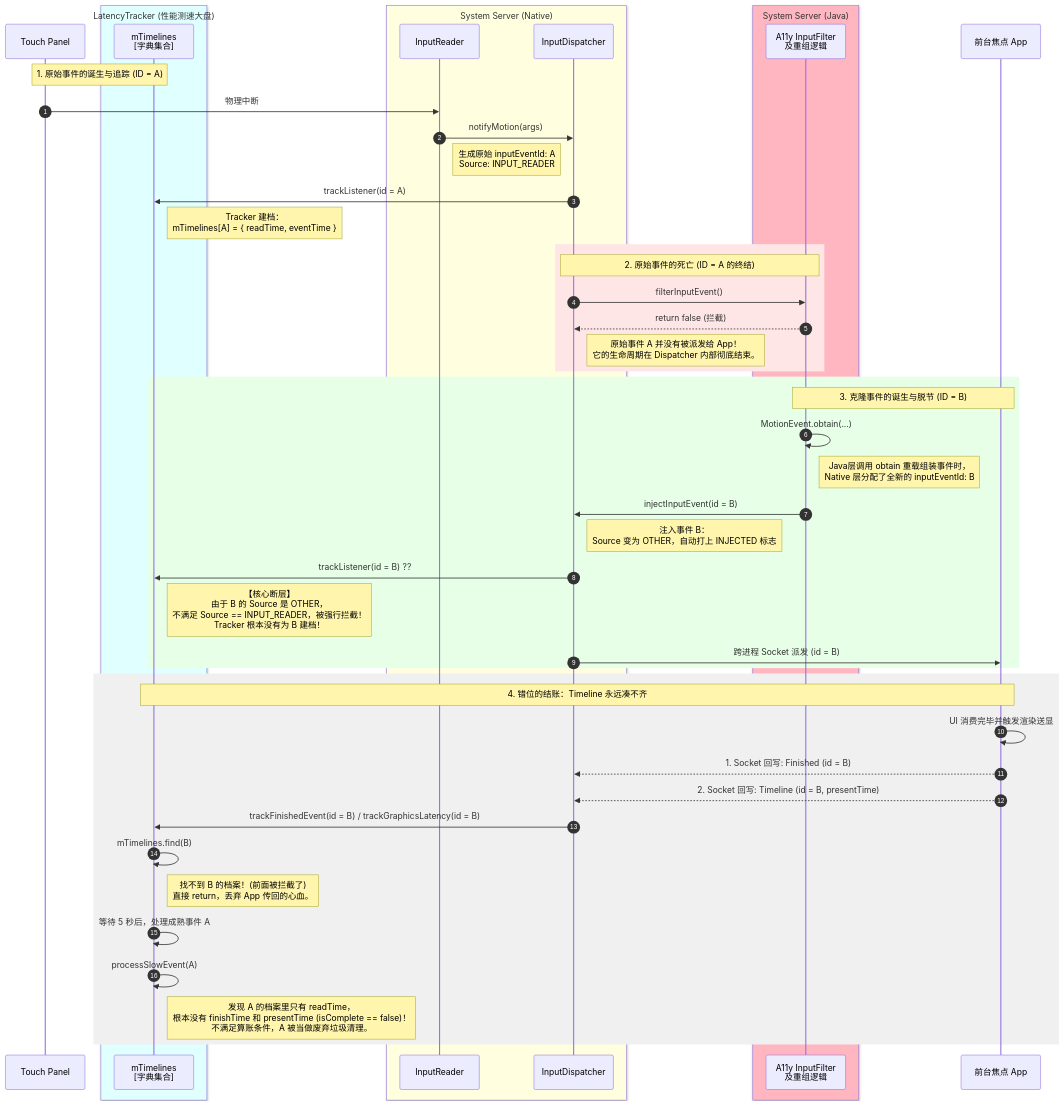
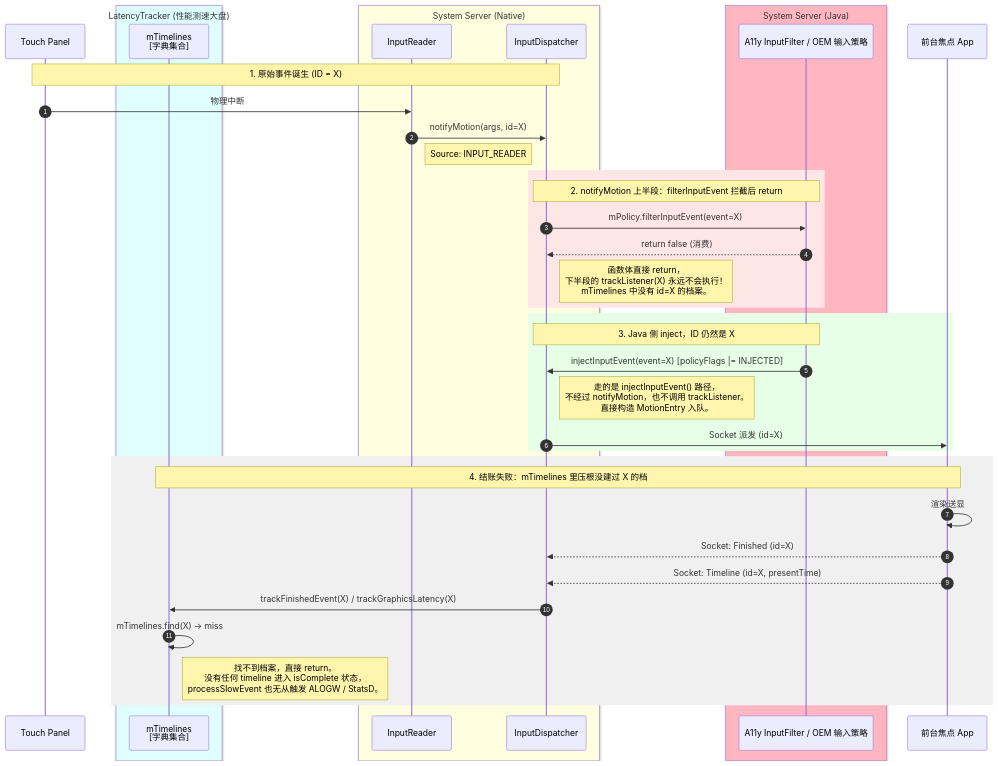
Before and after one commit to Ethen-Cao/ethenslab: the tenth of 10 diagrams in content/android-dev/windowmanager/input_flinger.md, drawn with Mermaid. The commit also changed other lines of this file and 2 other files, not shown here.

Commit message:
update accessibility

````diff
--- a/content/android-dev/windowmanager/input_flinger.md
+++ b/content/android-dev/windowmanager/input_flinger.md
@@ -1339,68 +1359,55 @@
 ```mermaid
 sequenceDiagram
     autonumber
-    
+
     participant Hardware as Touch Panel
-    
+
     box LightCyan LatencyTracker (性能测速大盘)
     participant Tracker as mTimelines<br>[字典集合]
     end
-    
+
     box LightYellow System Server (Native)
     participant Reader as InputReader
     participant Disp as InputDispatcher
     end
-    
+
     box LightPink System Server (Java)
-    participant JavaFilter as A11y InputFilter<br>及重组逻辑
+    participant JavaFilter as A11y InputFilter / OEM 输入策略
     end
-    
+
     participant App as 前台焦点 App
 
-    %% --- 1. 原始事件的诞生与追踪 ---
-    Note over Hardware, Tracker: 1. 原始事件的诞生与追踪 (ID = A)
+    %% --- 1. 事件诞生 ---
+    Note over Hardware, Disp: 1. 原始事件诞生 (ID = X)
     Hardware ->> Reader: 物理中断
-    Reader ->> Disp: notifyMotion(args)
-    Note right of Reader: 生成原始 inputEventId: A<br>Source: INPUT_READER
-    
-    Disp ->> Tracker: trackListener(id = A)
-    Note right of Tracker: Tracker 建档：<br>mTimelines[A] = { readTime, eventTime }
+    Reader ->> Disp: notifyMotion(args, id=X)
+    Note right of Reader: Source: INPUT_READER
 
-    %% --- 2. 原始事件的死亡 ---
+    %% --- 2. notifyMotion 上半段：被 Filter 短路 ---
     rect rgb(255, 230, 230)
-    Note over Disp, JavaFilter: 2. 原始事件的死亡 (ID = A 的终结)
-    Disp ->> JavaFilter: filterInputEvent()
-    JavaFilter -->> Disp: return false (拦截)
-    Note right of Disp: 原始事件 A 并没有被派发给 App！<br>它的生命周期在 Dispatcher 内部彻底结束。
+    Note over Disp, JavaFilter: 2. notifyMotion 上半段：filterInputEvent 拦截后 return
+    Disp ->> JavaFilter: mPolicy.filterInputEvent(event=X)
+    JavaFilter -->> Disp: return false (消费)
+    Note right of Disp: 函数体直接 return，<br>下半段的 trackListener(X) 永远不会执行！<br>mTimelines 中没有 id=X 的档案。
     end
 
-    %% --- 3. 克隆事件的诞生与派发 ---
+    %% --- 3. Java 侧重新注入，ID 保持为 X ---
     rect rgb(230, 255, 230)
-    Note over JavaFilter, App: 3. 克隆事件的诞生与脱节 (ID = B)
-    JavaFilter ->> JavaFilter: MotionEvent.obtain(...)
-    Note right of JavaFilter: Java层调用 obtain 重载组装事件时，<br>Native 层分配了全新的 inputEventId: B
-    JavaFilter ->> Disp: injectInputEvent(id = B)
-    Note right of Disp: 注入事件 B：<br>Source 变为 OTHER，自动打上 INJECTED 标志
-    
-    Disp ->> Tracker: trackListener(id = B) ??
-    Note right of Tracker: 【核心断层】<br>由于 B 的 Source 是 OTHER，<br>不满足 Source == INPUT_READER，被强行拦截！<br>Tracker 根本没有为 B 建档！
-    
-    Disp ->> App: 跨进程 Socket 派发 (id = B)
+    Note over JavaFilter, Disp: 3. Java 侧 inject，ID 仍然是 X
+    JavaFilter ->> Disp: injectInputEvent(event=X) [policyFlags |= INJECTED]
+    Note right of Disp: 走的是 injectInputEvent() 路径，<br>不经过 notifyMotion，也不调用 trackListener。<br>直接构造 MotionEntry 入队。
+    Disp ->> App: Socket 派发 (id=X)
     end
 
-    %% --- 4. 悲惨的测速结账现场 ---
+    %% --- 4. 结账时找不到档案 ---
     rect rgb(240, 240, 240)
-    Note over App, Tracker: 4. 错位的结账：Timeline 永远凑不齐
-    App ->> App: UI 消费完毕并触发渲染送显
-    App -->> Disp: 1. Socket 回写: Finished (id = B)
-    App -->> Disp: 2. Socket 回写: Timeline (id = B, presentTime)
-    
-    Disp ->> Tracker: trackFinishedEvent(id = B) / trackGraphicsLatency(id = B)
-    Tracker ->> Tracker: mTimelines.find(B)
-    Note right of Tracker: 找不到 B 的档案！(前面被拦截了)<br>直接 return，丢弃 App 传回的心血。
-    
-    Tracker ->> Tracker: 等待 5 秒后，处理成熟事件 A
-    Tracker ->> Tracker: processSlowEvent(A)
-    Note right of Tracker: 发现 A 的档案里只有 readTime，<br>根本没有 finishTime 和 presentTime (isComplete == false)！<br>不满足算账条件，A 被当做废弃垃圾清理。
+    Note over App, Tracker: 4. 结账失败：mTimelines 里压根没建过 X 的档
+    App ->> App: 渲染送显
+    App -->> Disp: Socket: Finished (id=X)
+    App -->> Disp: Socket: Timeline (id=X, presentTime)
+
+    Disp ->> Tracker: trackFinishedEvent(X) / trackGraphicsLatency(X)
+    Tracker ->> Tracker: mTimelines.find(X) → miss
+    Note right of Tracker: 找不到档案，直接 return。<br>没有任何 timeline 进入 isComplete 状态，<br>processSlowEvent 也无从触发 ALOGW / StatsD。
     end
 ```
````
